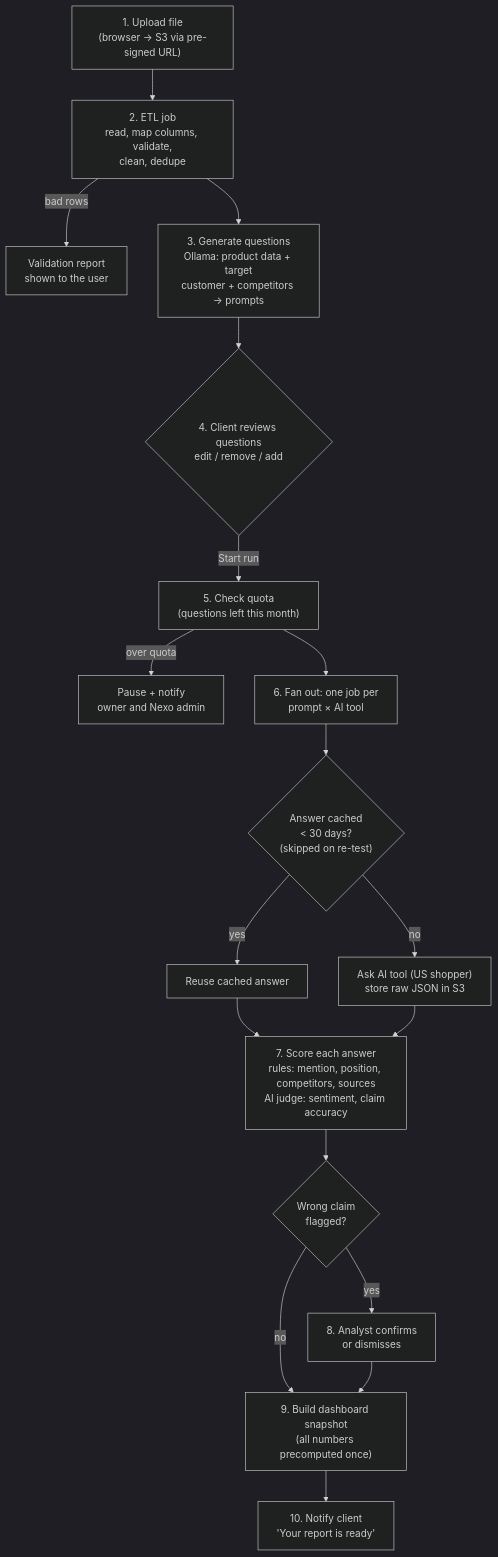
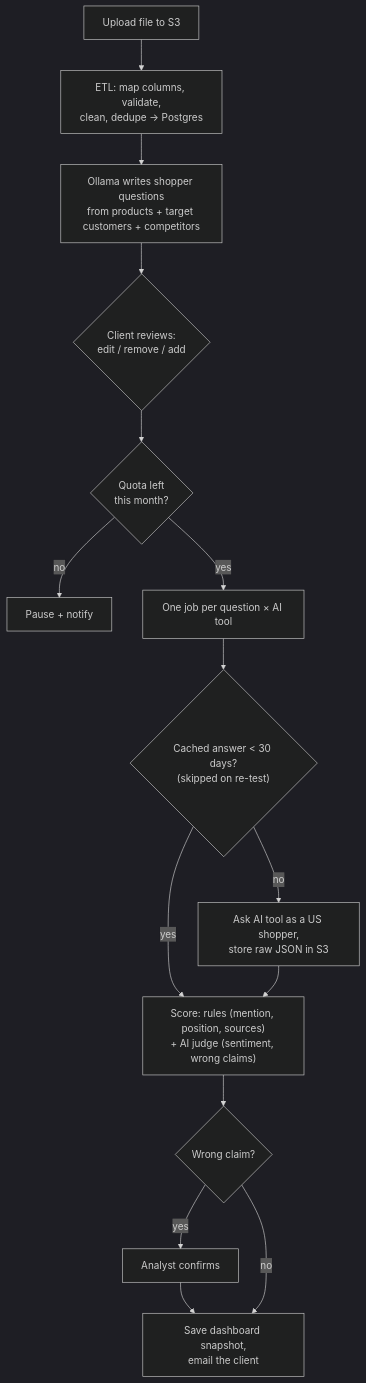
The second of 3 diagrams in docs/ARCHITECTURE.md (yangel20/LH_TECH_09302026), drawn with Mermaid (dark theme) before and after one commit. The commit also changed other lines of this file and 2 other files, not shown here.

First line of the commit message:
docs: explain how Nexo is different; condense architecture and wireframes

````diff
--- a/docs/ARCHITECTURE.md
+++ b/docs/ARCHITECTURE.md
@@ -121,20 +62,15 @@
 ```mermaid
 flowchart TD
-  A["1. Upload file<br/>(browser → S3 via pre-signed URL)"] --> B["2. ETL job<br/>read, map columns, validate,<br/>clean, dedupe"]
-  B -->|"bad rows"| B2["Validation report<br/>shown to the user"]
-  B --> C["3. Generate questions<br/>Ollama: product data + target<br/>customer + competitors → prompts"]
-  C --> D{"4. Client reviews questions<br/>edit / remove / add"}
-  D -->|"Start run"| E["5. Check quota<br/>(questions left this month)"]
-  E -->|"over quota"| E2["Pause + notify<br/>owner and Nexo admin"]
-  E --> F["6. Fan out: one job per<br/>prompt × AI tool"]
-  F --> G{"Answer cached<br/>< 30 days?<br/>(skipped on re-test)"}
-  G -->|"yes"| H["Reuse cached answer"]
-  G -->|"no"| I["Ask AI tool (US shopper)<br/>store raw JSON in S3"]
-  H --> J["7. Score each answer<br/>rules: mention, position, competitors, sources<br/>AI judge: sentiment, claim accuracy"]
-  I --> J
-  J --> K{"Wrong claim<br/>flagged?"}
-  K -->|"yes"| L["8. Analyst confirms<br/>or dismisses"]
-  K -->|"no"| M
-  L --> M["9. Build dashboard snapshot<br/>(all numbers precomputed once)"]
-  M --> N["10. Notify client<br/>'Your report is ready'"]
+  A["Upload file to S3"] --> B["ETL: map columns, validate,<br/>clean, dedupe → Postgres"]
+  B --> C["Ollama writes shopper questions<br/>from products + target customers + competitors"]
+  C --> D{"Client reviews:<br/>edit / remove / add"}
+  D --> E{"Quota left<br/>this month?"}
+  E -- "no" --> E2["Pause + notify"]
+  E -- "yes" --> F["One job per question × AI tool"]
+  F --> G{"Cached answer < 30 days?<br/>(skipped on re-test)"}
+  G -- "yes" --> J
+  G -- "no" --> I["Ask AI tool as a US shopper,<br/>store raw JSON in S3"] --> J
+  J["Score: rules (mention, position, sources)<br/>+ AI judge (sentiment, wrong claims)"] --> K{"Wrong claim?"}
+  K -- "yes" --> L["Analyst confirms"] --> M
+  K -- "no" --> M["Save dashboard snapshot,<br/>email the client"]
 ```
````
